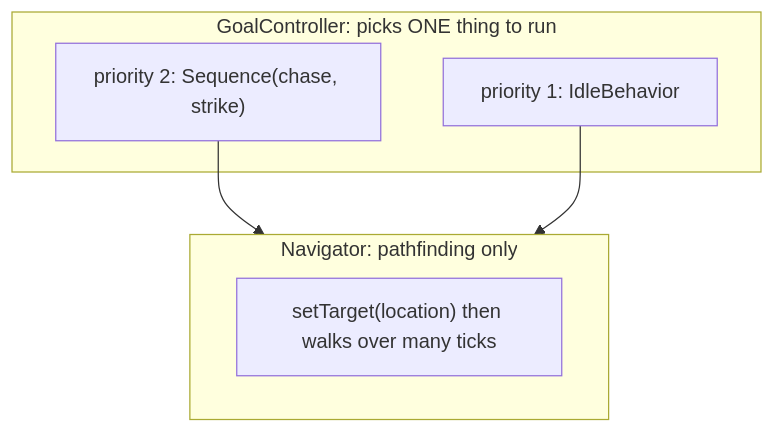
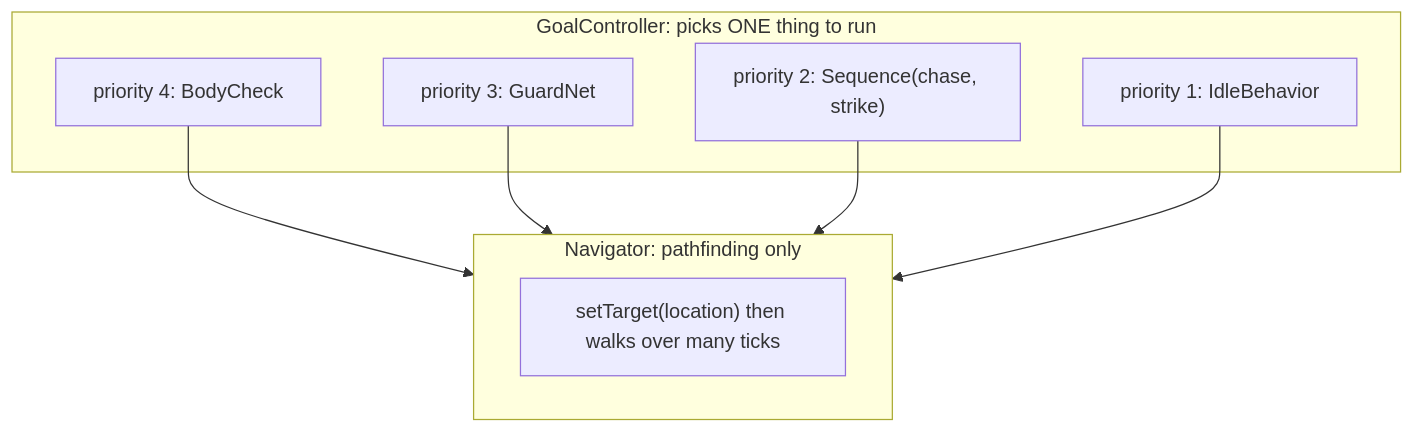
One commit to denmeh/RinkRival changed the first of 5 diagrams in docs/behavior-tree.md. Above: the diagram before and after it, drawn with Mermaid. The commit also changed other lines of this file and 14 other files, not shown here.

````diff
--- a/docs/behavior-tree.md
+++ b/docs/behavior-tree.md
@@ -12,12 +12,16 @@
 ```mermaid
 flowchart TD
   subgraph scheduler [GoalController: picks ONE thing to run]
+    prio4["priority 4: BodyCheck"]
+    prio3["priority 3: GuardNet"]
     prio2["priority 2: Sequence(chase, strike)"]
     prio1["priority 1: IdleBehavior"]
   end
   subgraph nav [Navigator: pathfinding only]
     path["setTarget(location) then walks over many ticks"]
   end
+  prio4 --> nav
+  prio3 --> nav
   prio2 --> nav
   prio1 --> nav
 ```
````
